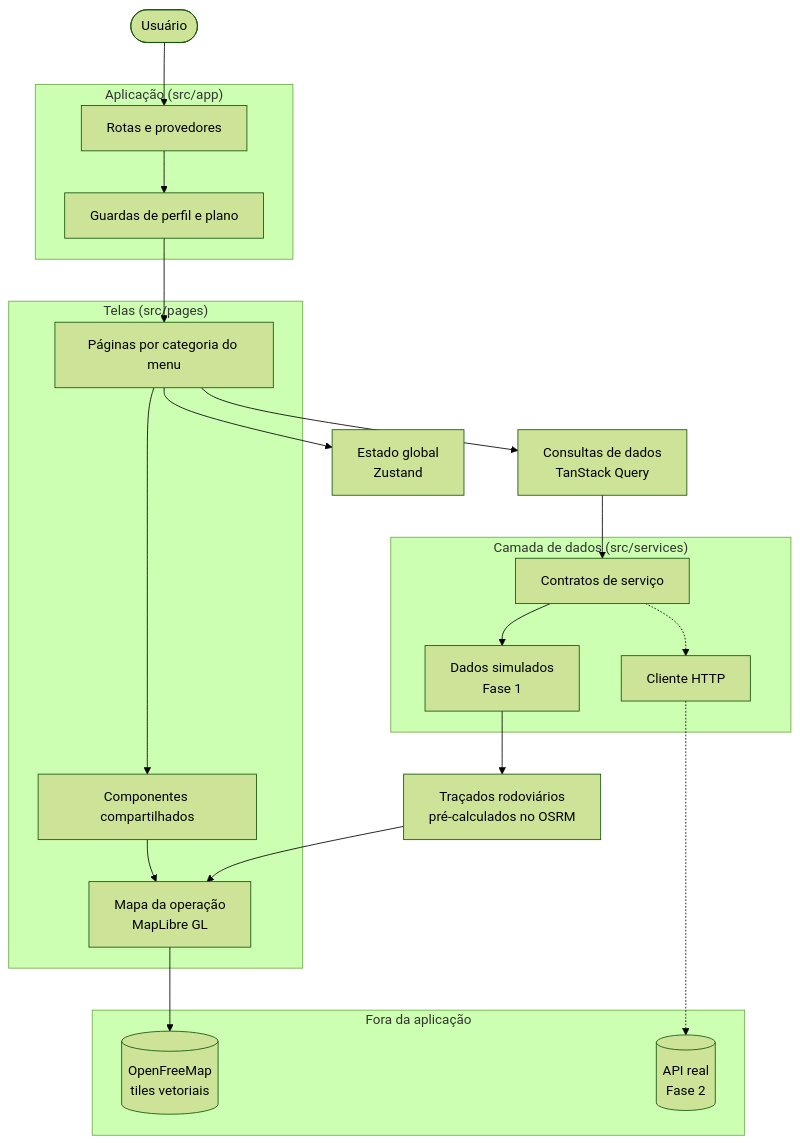
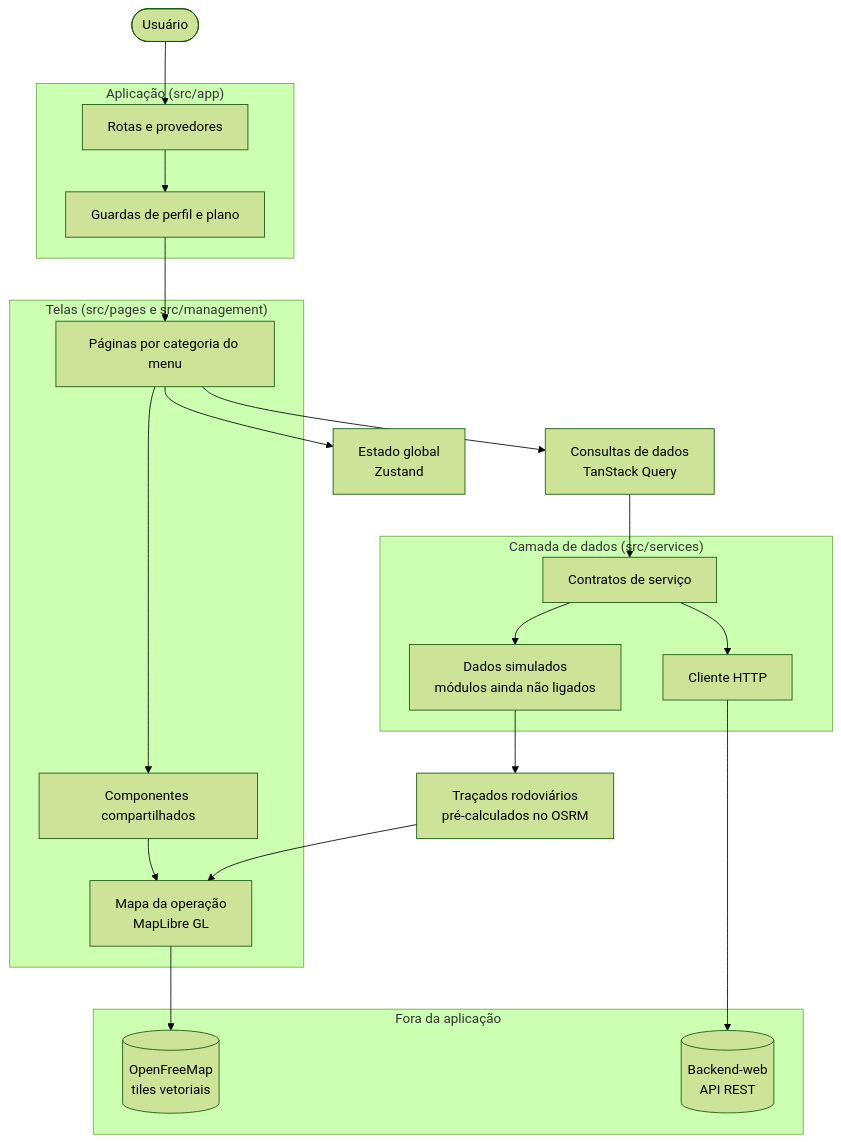
Before and after one commit to v2ntechnology/System-web: the diagram in README.md, drawn with Mermaid (forest theme). The commit also changed other lines of this file and 148 other files, not shown here.

````diff
--- a/README.md
+++ b/README.md
@@ -175,33 +196,33 @@
 ```mermaid
 flowchart TD
     Usuario([Usuário])
 
     subgraph Aplicacao["Aplicação (src/app)"]
         Rotas["Rotas e provedores"] --> Guardas["Guardas de perfil e plano"]
     end
 
-    subgraph Telas["Telas (src/pages)"]
+    subgraph Telas["Telas (src/pages e src/management)"]
         Paginas["Páginas por categoria do menu"] --> Componentes["Componentes compartilhados"]
         Componentes --> Mapa["Mapa da operação<br/>MapLibre GL"]
     end
 
     subgraph Dados["Camada de dados (src/services)"]
-        Contratos["Contratos de serviço"] --> Simulados["Dados simulados<br/>Fase 1"]
-        Contratos -.-> Http["Cliente HTTP"]
+        Contratos["Contratos de serviço"] --> Simulados["Dados simulados<br/>módulos ainda não ligados"]
+        Contratos --> Http["Cliente HTTP"]
     end
 
     subgraph Externo["Fora da aplicação"]
         Tiles[("OpenFreeMap<br/>tiles vetoriais")]
-        API[("API real<br/>Fase 2")]
+        API[("Backend-web<br/>API REST")]
     end
 
     Usuario --> Rotas
     Guardas --> Paginas
     Paginas --> Consultas["Consultas de dados<br/>TanStack Query"]
     Paginas --> Estado["Estado global<br/>Zustand"]
     Consultas --> Contratos
     Simulados --> Rotas2["Traçados rodoviários<br/>pré-calculados no OSRM"]
     Rotas2 --> Mapa
     Mapa --> Tiles
-    Http -.-> API
+    Http --> API
 ```
````
